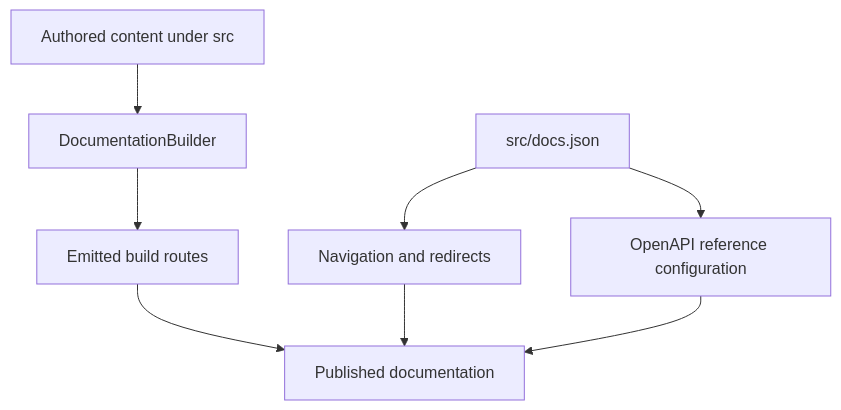
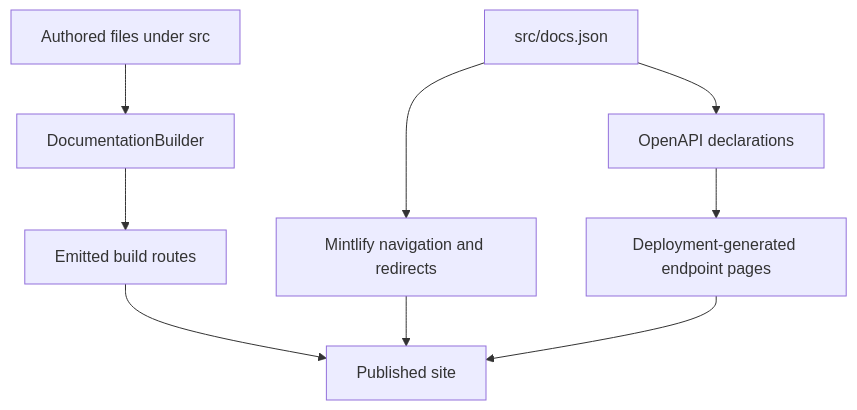
One commit to langchain-ai/docs changed the diagram in openwiki/architecture/source-map.md. Above: the diagram before and after it, drawn with Mermaid. The commit also changed other lines of this file and 30 other files, not shown here.

````diff
--- a/openwiki/architecture/source-map.md
+++ b/openwiki/architecture/source-map.md
@@ -55,10 +57,11 @@
 ```mermaid
 flowchart TD
-    Source["Authored content under src"] --> Builder["DocumentationBuilder"]
+    Source["Authored files under src"] --> Builder["DocumentationBuilder"]
     Builder --> Routes["Emitted build routes"]
-    Config["src/docs.json"] --> Navigation["Navigation and redirects"]
-    Config --> Reference["OpenAPI reference configuration"]
-    Routes --> Site["Published documentation"]
-    Navigation --> Site
-    Reference --> Site
+    Config["src/docs.json"] --> Nav["Mintlify navigation and redirects"]
+    Config --> OpenAPI["OpenAPI declarations"]
+    OpenAPI --> Generated["Deployment-generated endpoint pages"]
+    Routes --> Site["Published site"]
+    Nav --> Site
+    Generated --> Site
 ```
````
